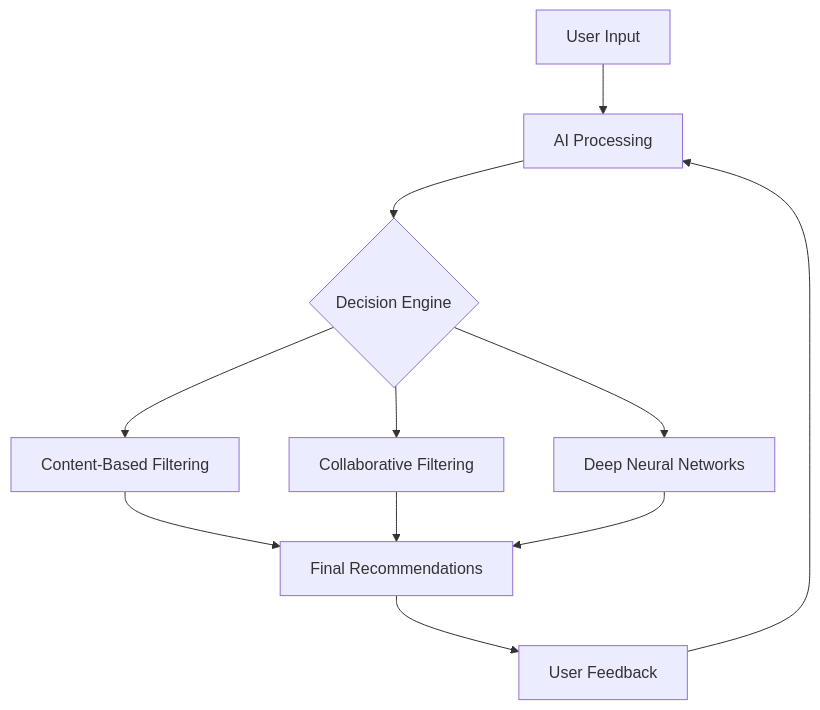
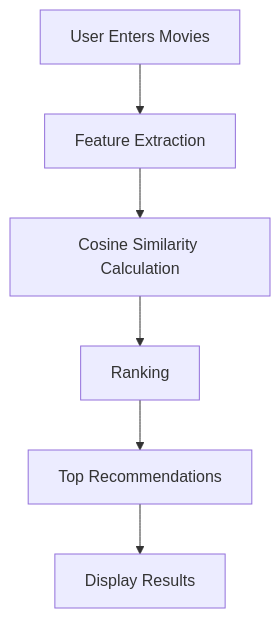
The diagram in README.md (Sahil-git1/movies-recommendation-system), drawn with Mermaid before and after one commit. The commit also changed other lines of this file, not shown here.

````diff
--- a/README.md
+++ b/README.md
@@ -37,13 +43,8 @@
 ```mermaid
 graph TD
-    A[User Input] --> B[AI Processing]
-    B --> C{Decision Engine}
-    C --> D[Content-Based Filtering]
-    C --> E[Collaborative Filtering]
-    C --> F[Deep Neural Networks]
-    D --> G[Final Recommendations]
-    E --> G
-    F --> G
-    G --> H[User Feedback]
-    H --> B
+    A[User Enters Movies] --> B[Feature Extraction]
+    B --> C[Cosine Similarity Calculation]
+    C --> D[Ranking]
+    D --> E[Top Recommendations]
+    E --> F[Display Results]
 ```
````
